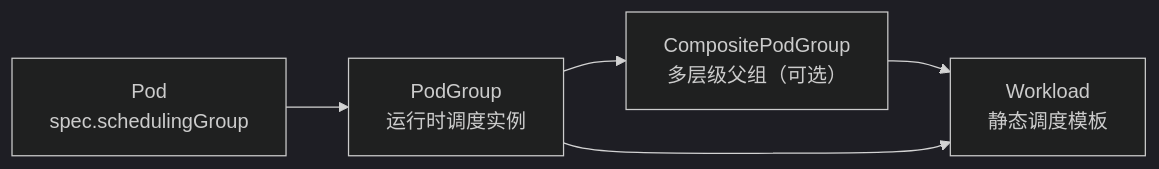
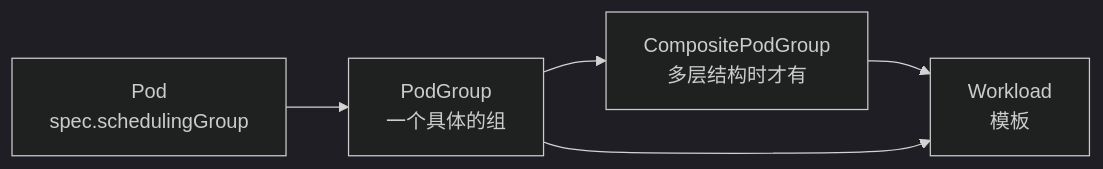
Before and after one commit to JesseStutler/volcano: the first of 13 diagrams in docs/research/k8s-workload-aware-scheduling-vs-volcano-cn.md, drawn with Mermaid (dark theme). The commit also changed other lines of this file and 1 other file, not shown here.

````diff
--- a/docs/research/k8s-workload-aware-scheduling-vs-volcano-cn.md
+++ b/docs/research/k8s-workload-aware-scheduling-vs-volcano-cn.md
@@ -17,12 +86,12 @@
 ```mermaid
 flowchart LR
     Pod["Pod<br/>spec.schedulingGroup"]
-    PG["PodGroup<br/>运行时调度实例"]
-    CPG["CompositePodGroup<br/>多层级父组（可选）"]
-    W["Workload<br/>静态调度模板"]
+    PG["PodGroup<br/>一个具体的组"]
+    CPG["CompositePodGroup<br/>多层结构时才有"]
+    W["Workload<br/>模板"]
 
     Pod --> PG
     PG --> CPG
     CPG --> W
     PG --> W
 ```
````
